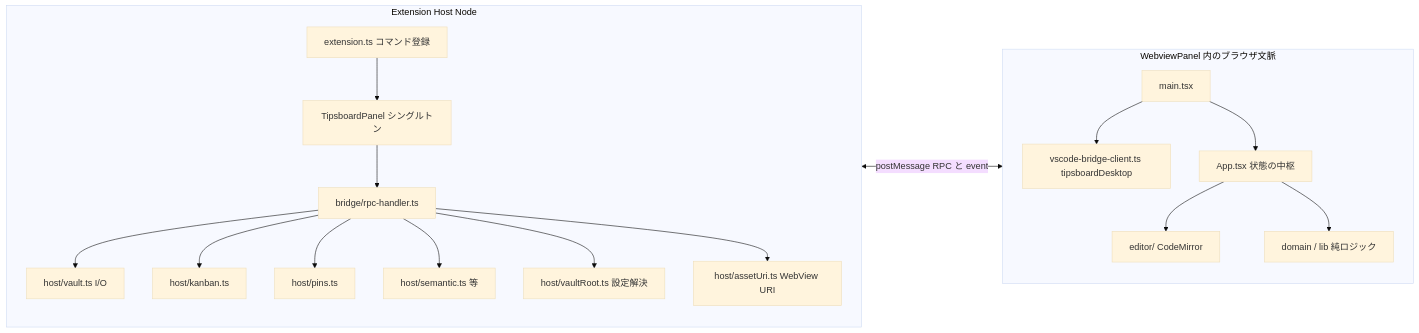
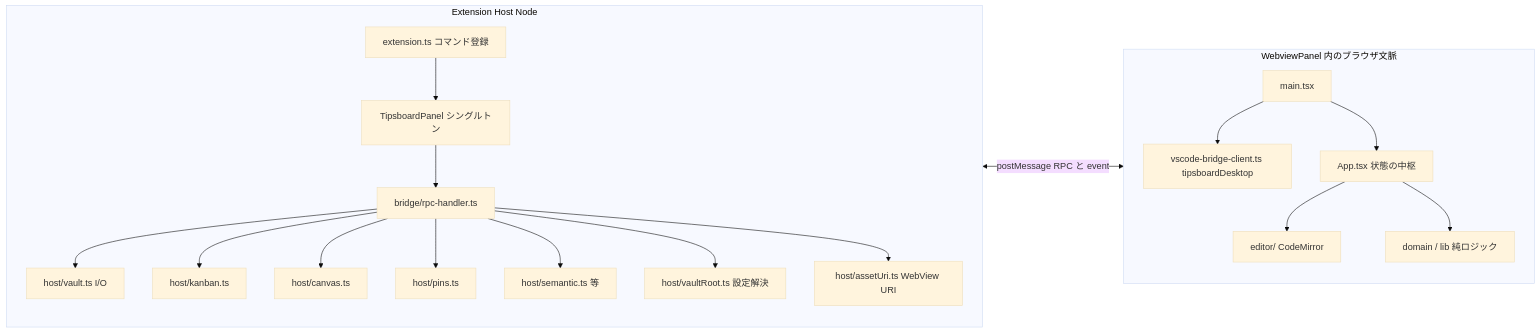
One commit to kyu999/tipsboard-vscode changed the diagram in docs_wiki/SPEC.md. Above: the diagram before and after it, drawn with Mermaid (base theme). The commit also changed other lines of this file and 37 other files, not shown here.

````diff
--- a/docs_wiki/SPEC.md
+++ b/docs_wiki/SPEC.md
@@ -30,34 +30,36 @@
 ```mermaid
 flowchart LR
   subgraph host [Extension Host Node]
     ext[extension.ts コマンド登録]
     panel[TipsboardPanel シングルトン]
     rpc[bridge/rpc-handler.ts]
     vault[host/vault.ts I/O]
     kb[host/kanban.ts]
+    canvas[host/canvas.ts]
     pins[host/pins.ts]
     sem[host/semantic.ts 等]
     root[host/vaultRoot.ts 設定解決]
     asset[host/assetUri.ts WebView URI]
     ext --> panel
     panel --> rpc
     rpc --> vault
     rpc --> kb
+    rpc --> canvas
     rpc --> pins
     rpc --> sem
     rpc --> root
     rpc --> asset
   end
   subgraph wv [WebviewPanel 内のブラウザ文脈]
     main[main.tsx]
     shim[vscode-bridge-client.ts tipsboardDesktop]
     app[App.tsx 状態の中枢]
     cm[editor/ CodeMirror]
     dom[domain / lib 純ロジック]
     main --> shim
     main --> app
     app --> cm
     app --> dom
   end
   host <-->|postMessage RPC と event| wv
 ```
````
